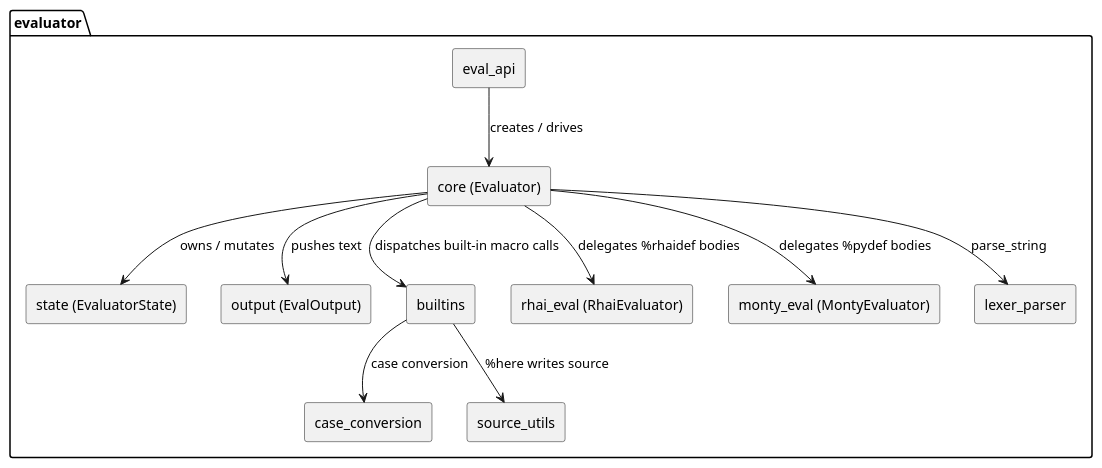
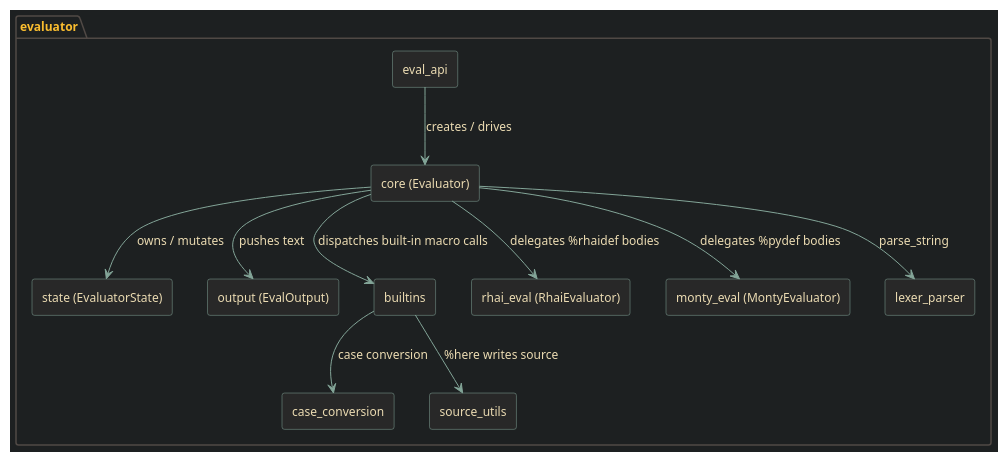
One commit to giannifer7/weaveback changed the diagram in crates/weaveback-macro/src/evaluator/evaluator.adoc. Above: the diagram before and after it, drawn with PlantUML. The commit also changed 14 other files, not shown here.

```diff
--- a/crates/weaveback-macro/src/evaluator/evaluator.adoc
+++ b/crates/weaveback-macro/src/evaluator/evaluator.adoc
@@ -12,29 +12,39 @@
-[plantuml]
+[plantuml,format=svg]
 ----
 @startuml
 skinparam componentStyle rectangle
+skinparam backgroundColor #1d2021
+skinparam defaultFontColor #ebdbb2
+skinparam defaultFontSize 12
+skinparam ArrowColor #83a598
+skinparam ComponentBorderColor #83a598
+skinparam ComponentBackgroundColor #282828
+skinparam ComponentFontColor #ebdbb2
+skinparam PackageBorderColor #504945
+skinparam PackageBackgroundColor #1d2021
+skinparam PackageFontColor #fabd2f
 
 package "evaluator" {
   component "eval_api" as api
   component "core (Evaluator)" as core
   component "state (EvaluatorState)" as state
   component "output (EvalOutput)" as output
   component "builtins" as builtins
   component "case_conversion" as case
   component "source_utils" as su
   component "rhai_eval (RhaiEvaluator)" as rhai
   component "monty_eval (MontyEvaluator)" as monty
   component "lexer_parser" as lp
 }
 
 api --> core : creates / drives
 core --> state : owns / mutates
 core --> output : pushes text
 core --> builtins : dispatches built-in macro calls
 core --> rhai : delegates %rhaidef bodies
 core --> monty : delegates %pydef bodies
 builtins --> case : case conversion
 builtins --> su : %here writes source
 core --> lp : parse_string
 @enduml
 ----
```
